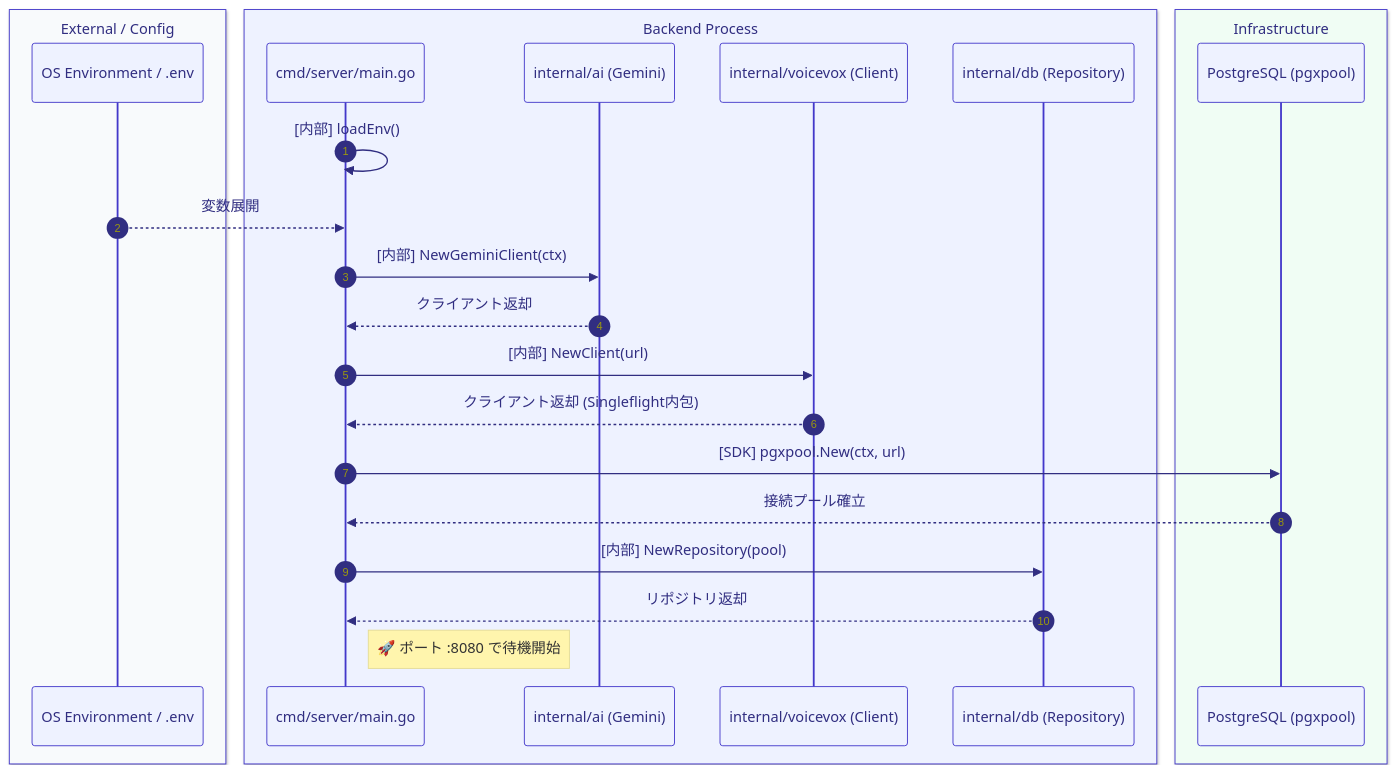
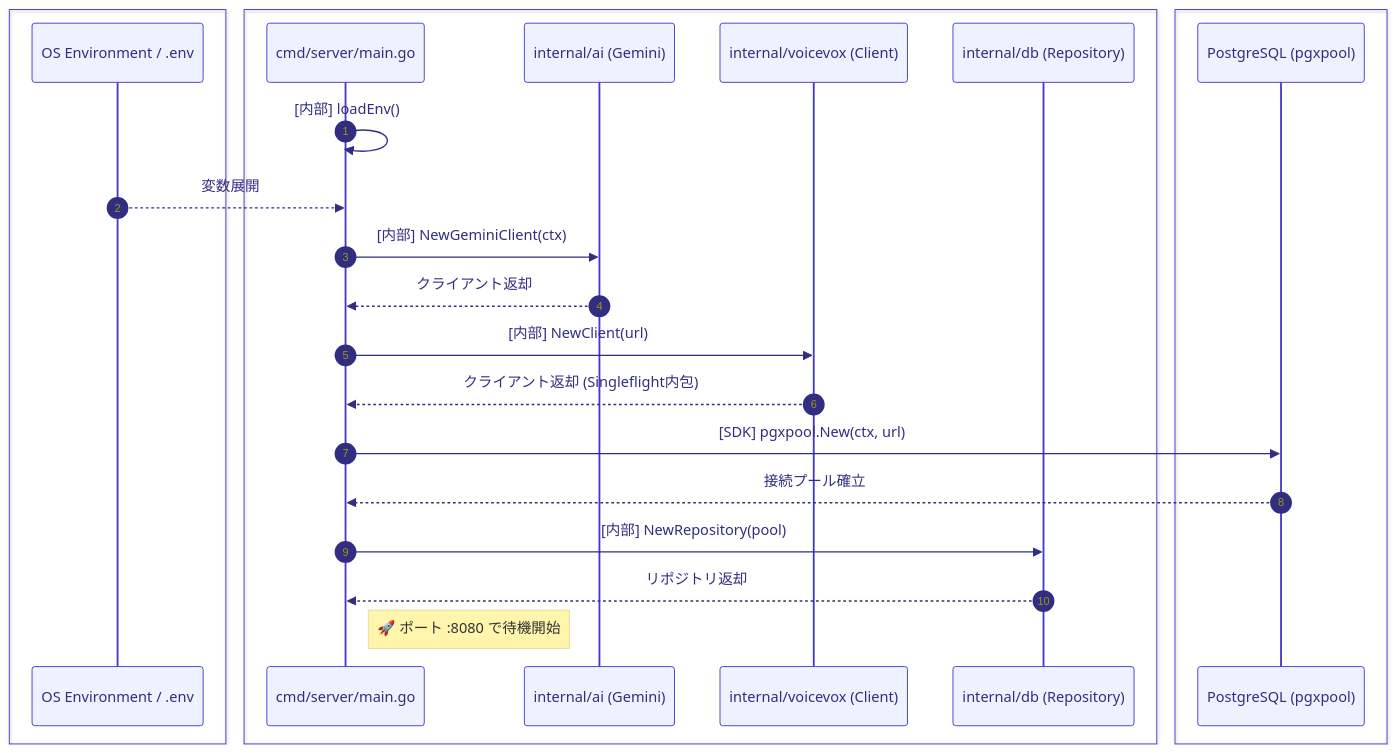
One commit to yuma25/AI-Radio-Room changed the first of 4 diagrams in docs/system_flow.md. Above: the diagram before and after it, drawn with Mermaid. The commit also changed other lines of this file, not shown here.

Commit message:
docs: use standard hex codes and quoted labels in Mermaid diagrams for better compatibility

````diff
--- a/docs/system_flow.md
+++ b/docs/system_flow.md
@@ -10,37 +10,37 @@
 ```mermaid
 %%{init: {'theme': 'base', 'themeVariables': { 'primaryColor': '#eef2ff', 'primaryTextColor': '#312e81', 'primaryBorderColor': '#4338ca', 'lineColor': '#6366f1', 'secondaryColor': '#f0fdf4', 'tertiaryColor': '#fff'}}}%%
 sequenceDiagram
     autonumber
     
-    box rgb(248, 250, 252) External / Config
+    box #f8fafa "External / Config"
         participant Env as OS Environment / .env
     end
     
-    box rgb(238, 242, 255) Backend Process
+    box #eef2ff "Backend Process"
         participant Main as cmd/server/main.go
         participant AI as internal/ai (Gemini)
         participant VV as internal/voicevox (Client)
         participant DB as internal/db (Repository)
     end
     
-    box rgb(240, 253, 244) Infrastructure
+    box #f0fdf4 "Infrastructure"
         participant PG as PostgreSQL (pgxpool)
     end
 
     Main->>Main: [内部] loadEnv()
     Env-->>Main: 変数展開
     
     Main->>AI: [内部] NewGeminiClient(ctx)
     AI-->>Main: クライアント返却
     
     Main->>VV: [内部] NewClient(url)
     VV-->>Main: クライアント返却 (Singleflight内包)
     
     Main->>PG: [SDK] pgxpool.New(ctx, url)
     PG-->>Main: 接続プール確立
     
     Main->>DB: [内部] NewRepository(pool)
     DB-->>Main: リポジトリ返却
     
     Note right of Main: 🚀 ポート :8080 で待機開始
 ```
````
